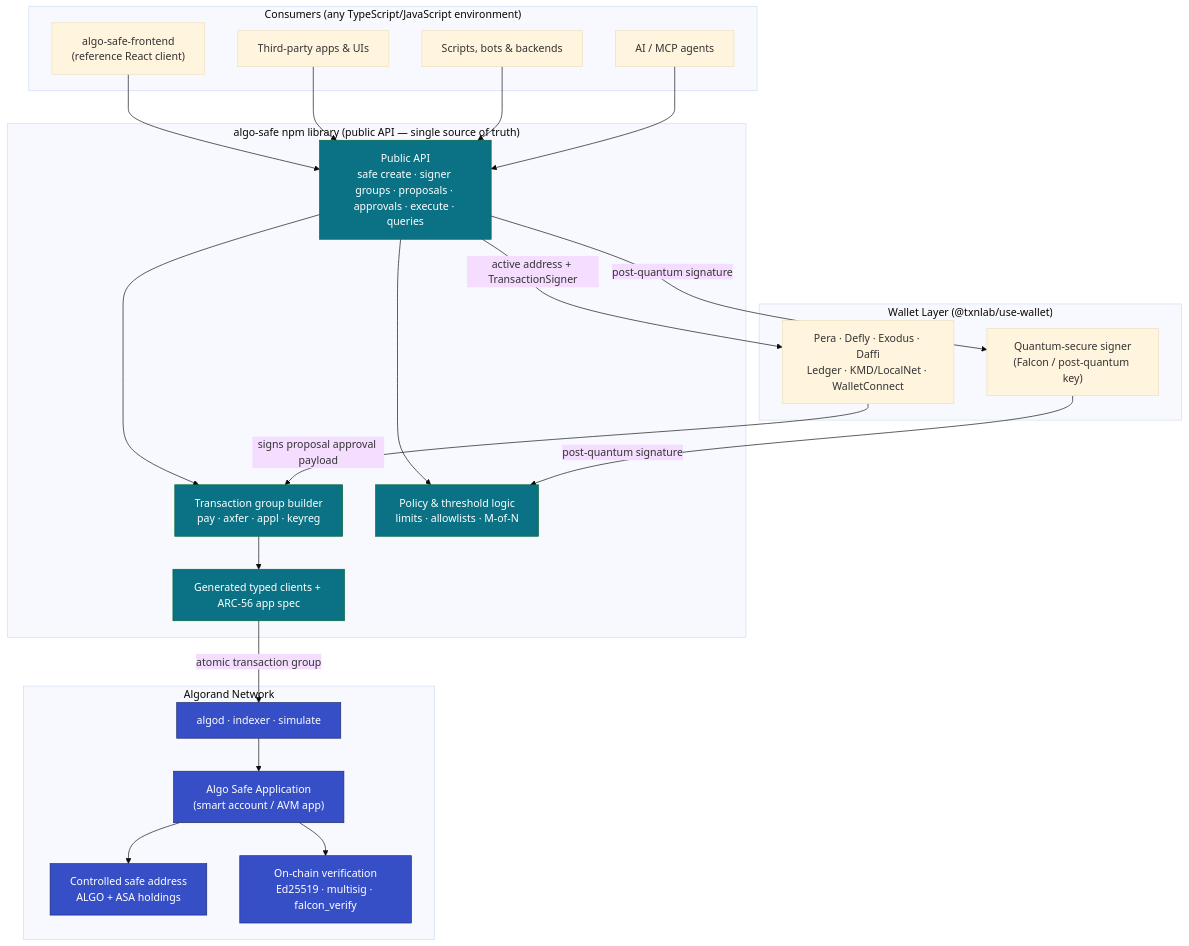
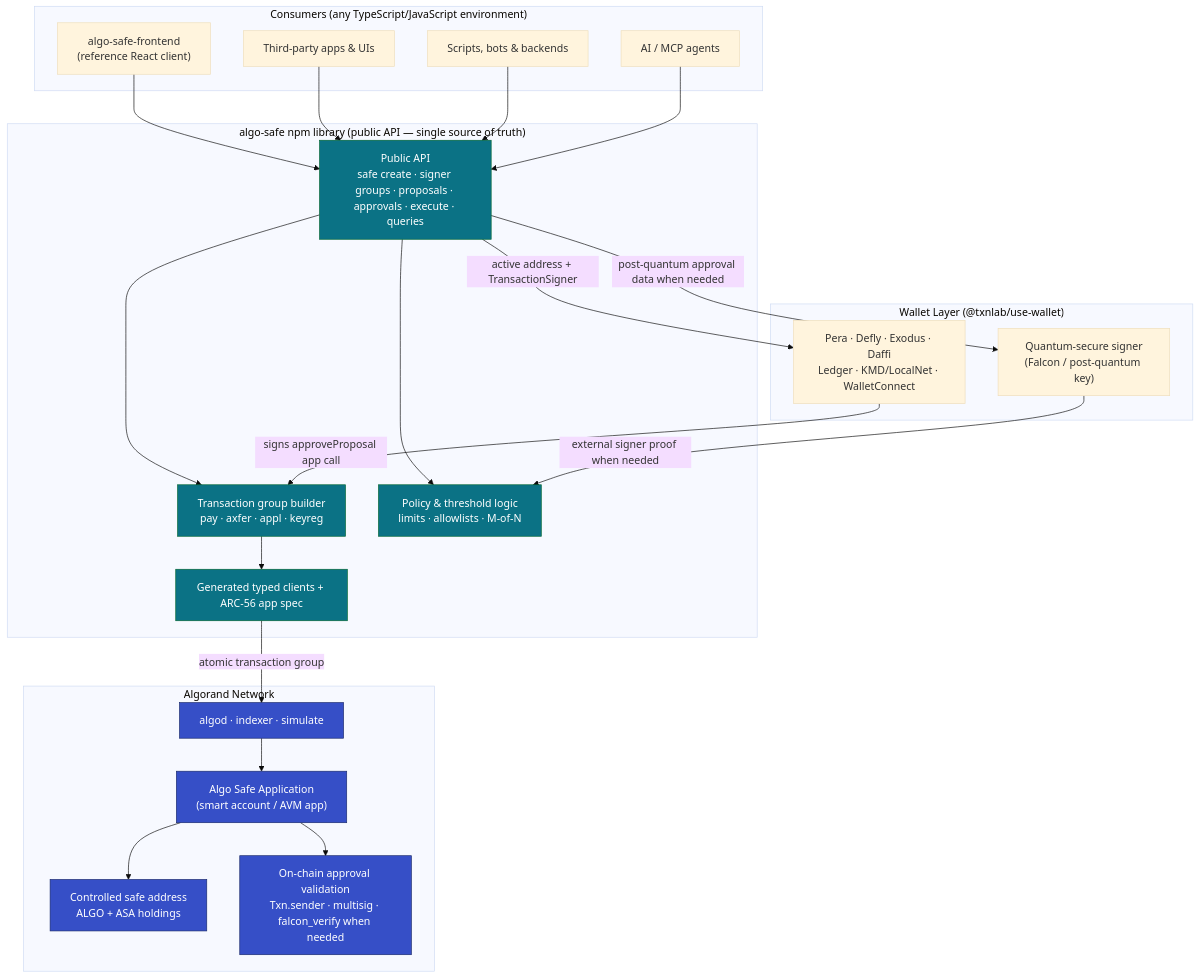
The fourth of 8 diagrams in PRODUCT-DESCRIPTION.md (ludovit-scholtz/algo-safe), drawn with Mermaid (base theme) before and after one commit. The commit also changed other lines of this file, not shown here.

Commit message:
Refine PRODUCT-DESCRIPTION.md for clarity on approval processes, emphasizing app call signatures and enhancing user understanding of transaction flows and requirements.

````diff
--- a/PRODUCT-DESCRIPTION.md
+++ b/PRODUCT-DESCRIPTION.md
@@ -311,51 +311,51 @@
 ```mermaid
 flowchart TB
     subgraph Consumers["Consumers (any TypeScript/JavaScript environment)"]
         FE["algo-safe-frontend<br/>(reference React client)"]
         TP["Third-party apps & UIs"]
         BOT["Scripts, bots & backends"]
         AGENT["AI / MCP agents"]
     end
 
     subgraph Wallets["Wallet Layer (@txnlab/use-wallet)"]
         W["Pera · Defly · Exodus · Daffi<br/>Ledger · KMD/LocalNet · WalletConnect"]
         PQ["Quantum-secure signer<br/>(Falcon / post-quantum key)"]
     end
 
     subgraph Library["algo-safe npm library (public API — single source of truth)"]
         API["Public API<br/>safe create · signer groups · proposals · approvals · execute · queries"]
         BUILD["Transaction group builder<br/>pay · axfer · appl · keyreg"]
         POLICY["Policy & threshold logic<br/>limits · allowlists · M-of-N"]
         CLIENT["Generated typed clients + ARC-56 app spec"]
         API --> BUILD
         API --> POLICY
         BUILD --> CLIENT
     end
 
     subgraph Chain["Algorand Network"]
         APP["Algo Safe Application<br/>(smart account / AVM app)"]
         SAFEADDR["Controlled safe address<br/>ALGO + ASA holdings"]
         ALGOD["algod · indexer · simulate"]
-        VERIFY["On-chain verification<br/>Ed25519 · multisig · falcon_verify"]
+        VERIFY["On-chain approval validation<br/>Txn.sender · multisig · falcon_verify when needed"]
     end
 
     FE --> API
     TP --> API
     BOT --> API
     AGENT --> API
 
     API -- "active address + TransactionSigner" --> W
-    API -- "post-quantum signature" --> PQ
-    W -- "signs proposal approval payload" --> BUILD
-    PQ -- "post-quantum signature" --> POLICY
+    API -- "post-quantum approval data when needed" --> PQ
+    W -- "signs approveProposal app call" --> BUILD
+    PQ -- "external signer proof when needed" --> POLICY
 
     CLIENT -- "atomic transaction group" --> ALGOD
     ALGOD --> APP
     APP --> SAFEADDR
     APP --> VERIFY
 
     classDef boundary fill:#0b7285,stroke:#063,color:#fff;
     classDef chain fill:#364fc7,stroke:#1a2a6c,color:#fff;
     class API,BUILD,POLICY,CLIENT boundary;
     class APP,SAFEADDR,ALGOD,VERIFY chain;
 ```
````
